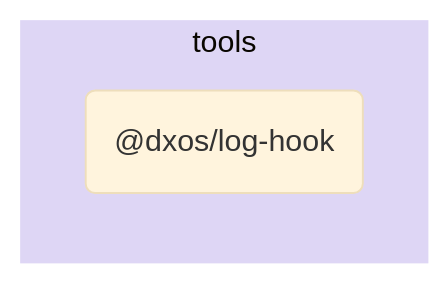
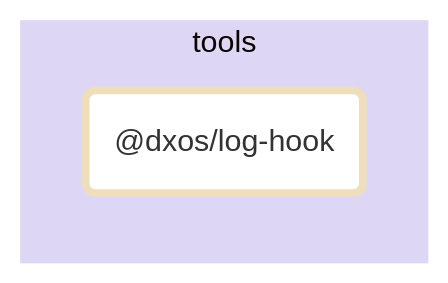
One commit to dxos/dxos changed the diagram in tools/log-hook/docs/README.md. Above: the diagram before and after it, drawn with Mermaid (base theme). The commit also changed other lines of this file and 88 other files, not shown here.

````diff
--- a/tools/log-hook/docs/README.md
+++ b/tools/log-hook/docs/README.md
@@ -5,9 +7,12 @@
 ```mermaid
 flowchart LR;
+
+style dxos/log-hook fill:#fff,stroke-width:4px;
+
 
 subgraph tools
   style tools fill:#ded6f5,stroke:#fff;
   dxos/log-hook("@dxos/log-hook");
 end
 
 ```
````
